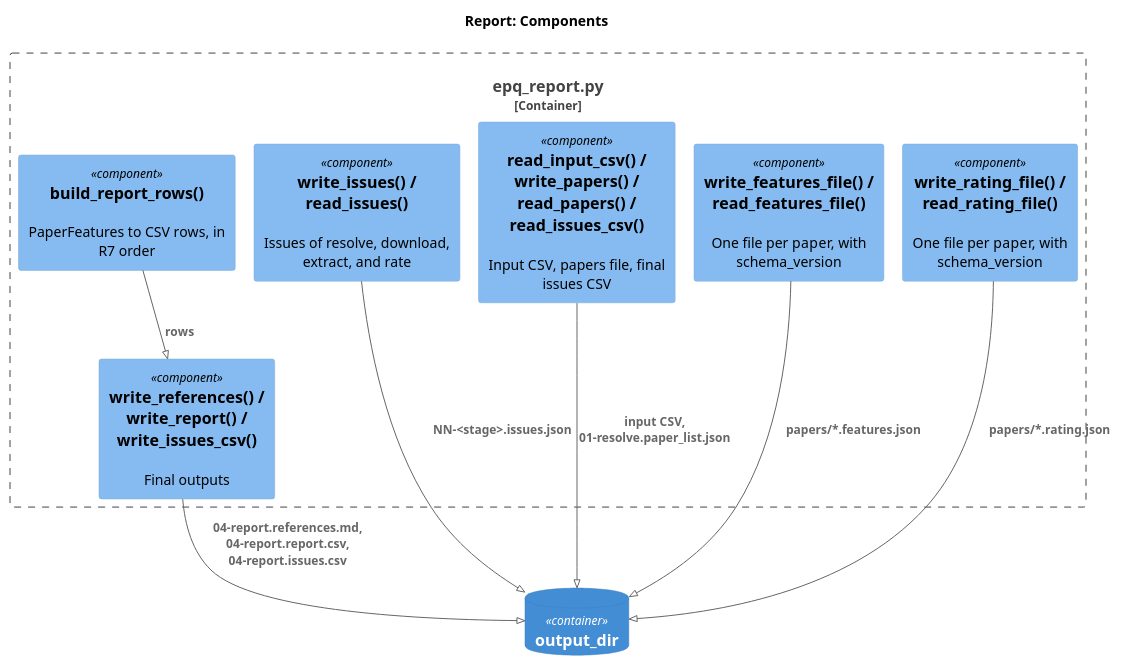
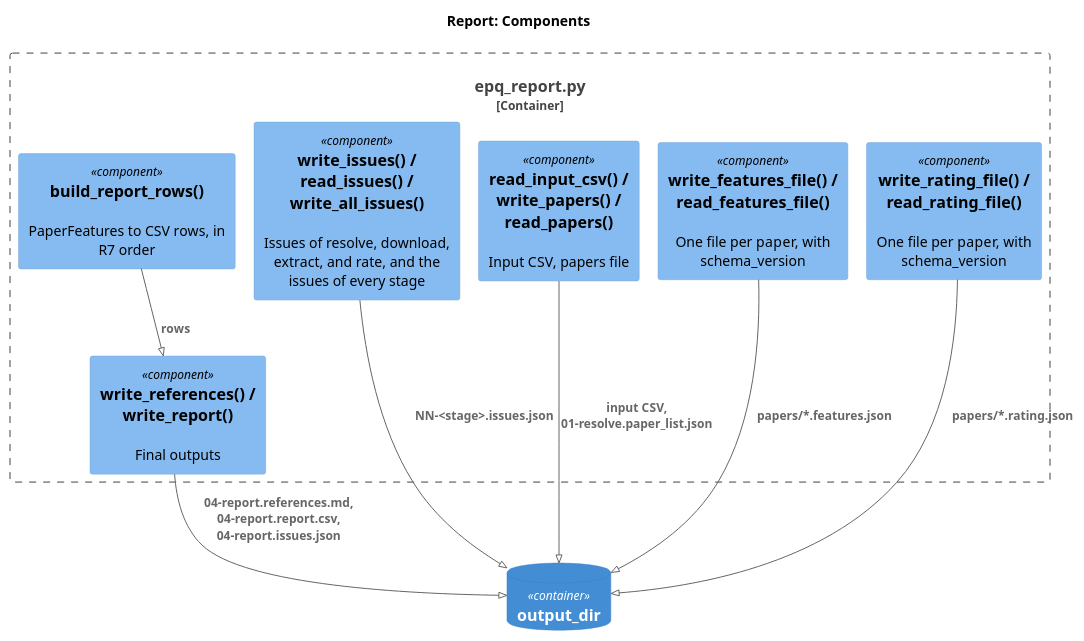
The diagram in research/Estimate_academic_paper_quality/docs/02.7-design.report.md (gpsaggese/gpsaggese.github.io), drawn with PlantUML before and after one commit. The commit also changed other lines of this file and 21 other files, not shown here.

````diff
--- a/research/Estimate_academic_paper_quality/docs/02.7-design.report.md
+++ b/research/Estimate_academic_paper_quality/docs/02.7-design.report.md
@@ -47,21 +47,21 @@
 ```plantuml
 !pragma layout smetana
 !include <C4/C4_Component>
 LAYOUT_TOP_DOWN()
 title Report: Components
 Container_Boundary(r, "epq_report.py") {
-  Component(state, "write_issues() / read_issues()", "", "Issues of resolve, download, extract, and rate")
-  Component(csvs, "read_input_csv() / write_papers() / read_papers() / read_issues_csv()", "", "Input CSV, papers file, final issues CSV")
+  Component(state, "write_issues() / read_issues() / write_all_issues()", "", "Issues of resolve, download, extract, and rate, and the issues of every stage")
+  Component(csvs, "read_input_csv() / write_papers() / read_papers()", "", "Input CSV, papers file")
   Component(feat, "write_features_file() / read_features_file()", "", "One file per paper, with schema_version")
   Component(rating, "write_rating_file() / read_rating_file()", "", "One file per paper, with schema_version")
   Component(rows, "build_report_rows()", "", "PaperFeatures to CSV rows, in R7 order")
-  Component(out, "write_references() / write_report() / write_issues_csv()", "", "Final outputs")
+  Component(out, "write_references() / write_report()", "", "Final outputs")
 }
 ContainerDb(dir, "output_dir", "", "")
 Rel(state, dir, "NN-<stage>.issues.json")
 Rel(csvs, dir, "input CSV, 01-resolve.paper_list.json")
 Rel(feat, dir, "papers/*.features.json")
 Rel(rating, dir, "papers/*.rating.json")
 Rel(rows, out, "rows")
-Rel(out, dir, "04-report.references.md, 04-report.report.csv, 04-report.issues.csv")
+Rel(out, dir, "04-report.references.md, 04-report.report.csv, 04-report.issues.json")
 ```
````
